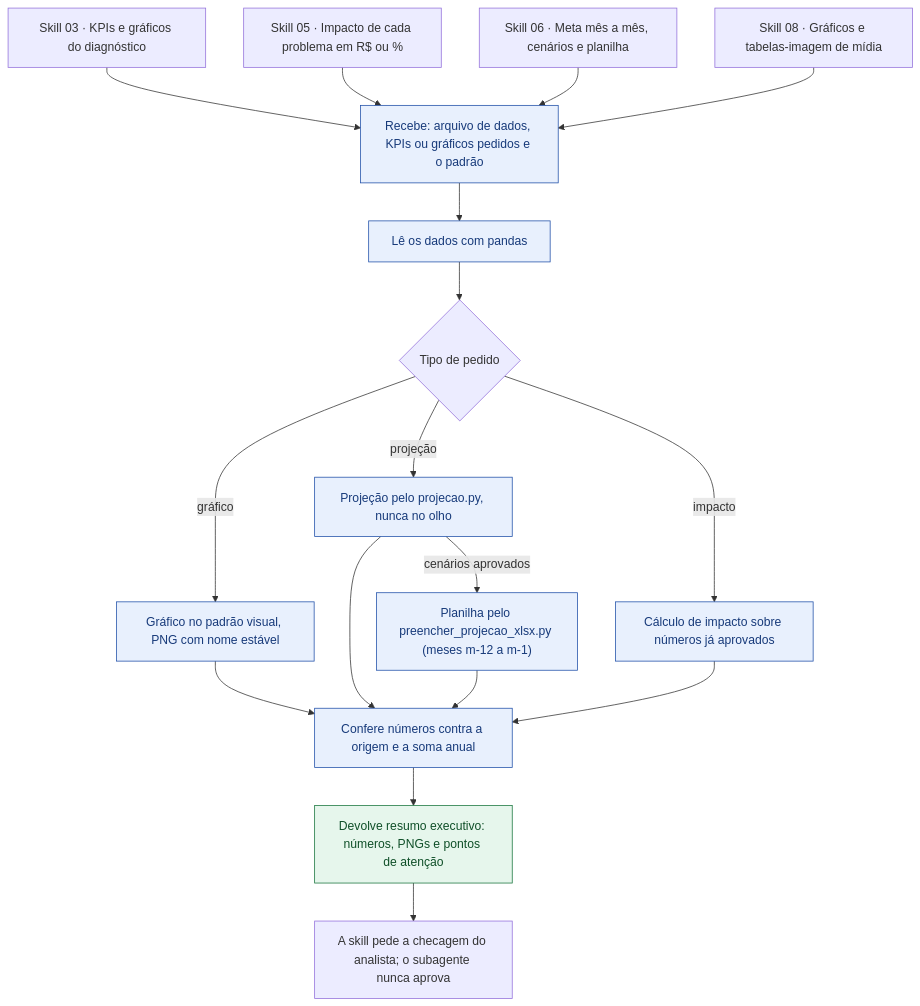
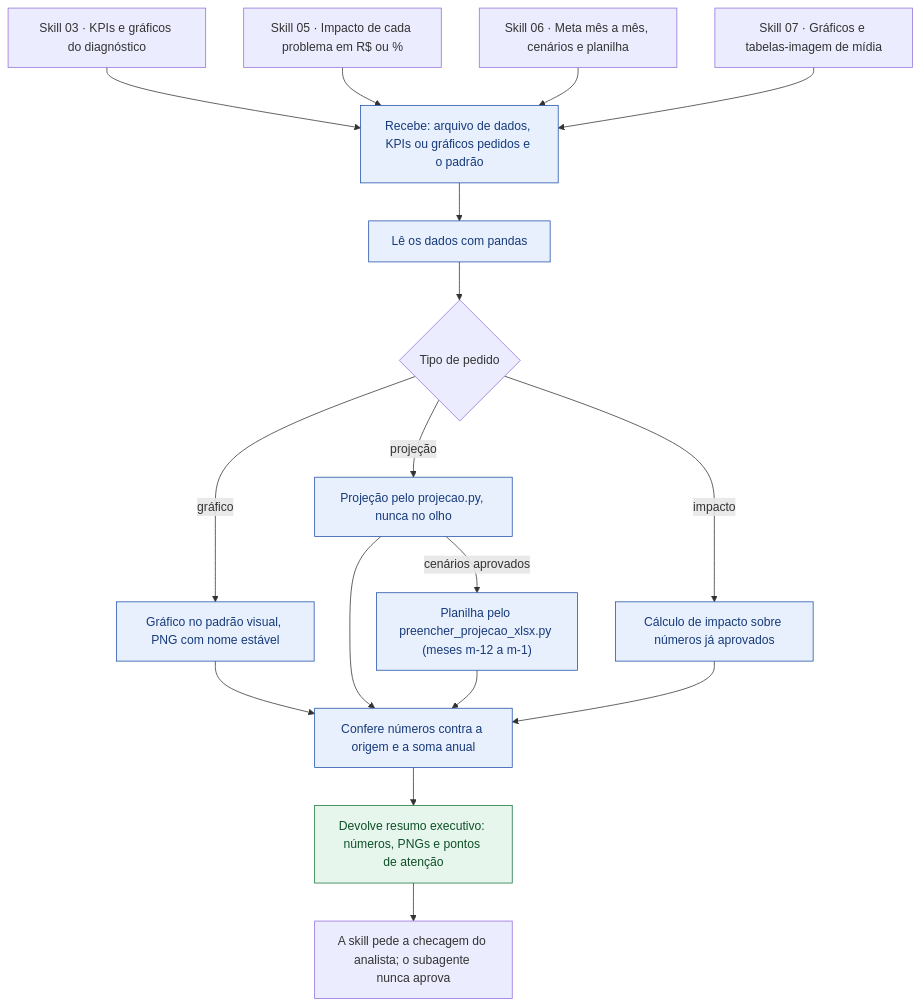
Before and after one commit to MatheusBoomer/growth-cycle-boomer: the diagram in .claude/agents/analista-dados.fluxo.mmd, drawn with Mermaid. The commit also changed 39 other files, not shown here.

```diff
--- a/.claude/agents/analista-dados.fluxo.mmd
+++ b/.claude/agents/analista-dados.fluxo.mmd
@@ -1,38 +1,38 @@
 flowchart TD
   S03["Skill 03 · KPIs e gráficos do diagnóstico"]
   S05["Skill 05 · Impacto de cada problema em R$ ou %"]
   S06["Skill 06 · Meta mês a mês, cenários e planilha"]
-  S08["Skill 08 · Gráficos e tabelas-imagem de mídia"]
+  S07["Skill 07 · Gráficos e tabelas-imagem de mídia"]
   R1["Recebe: arquivo de dados, KPIs ou gráficos pedidos e o padrão"]
   P1["Lê os dados com pandas"]
   D1{"Tipo de pedido"}
   G1["Gráfico no padrão visual, PNG com nome estável"]
   G2["Projeção pelo projecao.py, nunca no olho"]
   G3["Planilha pelo preencher_projecao_xlsx.py (meses m-12 a m-1)"]
   G4["Cálculo de impacto sobre números já aprovados"]
   P2["Confere números contra a origem e a soma anual"]
   E1["Devolve resumo executivo: números, PNGs e pontos de atenção"]
   CK["A skill pede a checagem do analista; o subagente nunca aprova"]
 
   S03 --> R1
   S05 --> R1
   S06 --> R1
-  S08 --> R1
+  S07 --> R1
   R1 --> P1
   P1 --> D1
   D1 -->|"gráfico"| G1
   D1 -->|"projeção"| G2
   G2 -->|"cenários aprovados"| G3
   D1 -->|"impacto"| G4
   G1 --> P2
   G2 --> P2
   G3 --> P2
   G4 --> P2
   P2 --> E1
   E1 --> CK
 
   class R1,P1,G1,G2,G3,G4,P2 subagente
   class E1 entrega
   classDef checkpoint fill:#fff1e6,stroke:#e8803a,color:#7a3d0c
   classDef subagente fill:#e8f0fd,stroke:#1f4fa8,color:#173a7a
   classDef entrega fill:#e6f6ec,stroke:#16743b,color:#0f4f28
```
